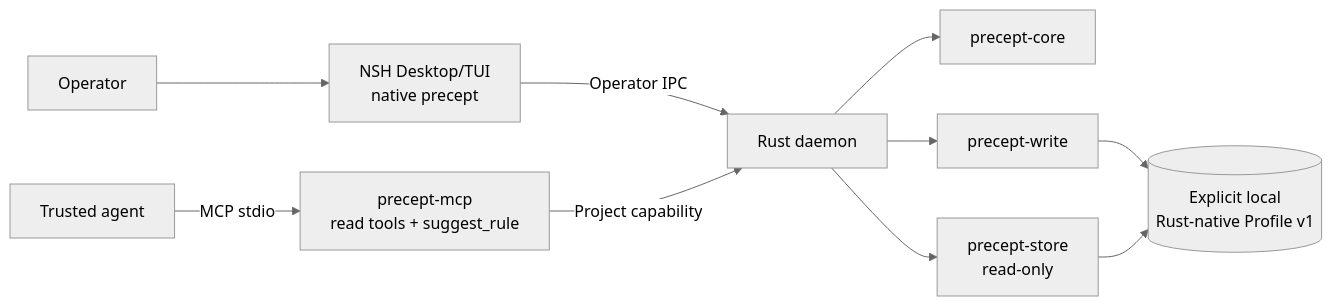
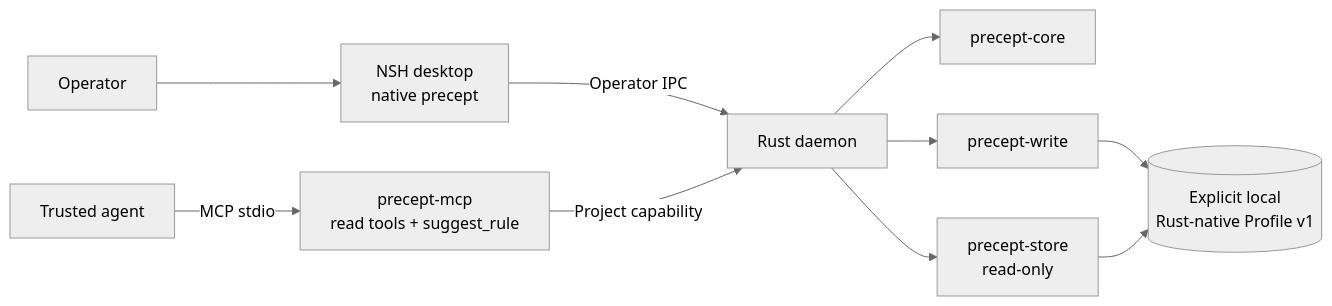
The diagram in docs/architecture.md (ybakiame/precept), drawn with Mermaid (neutral theme) before and after one commit. The commit also changed other lines of this file and 87 other files, not shown here.

````diff
--- a/docs/architecture.md
+++ b/docs/architecture.md
@@ -10,22 +10,22 @@
 ```mermaid
 flowchart LR
     Operator["Operator"]
-    Clients["NSH Desktop/TUI<br/>native precept"]
+    Clients["NSH desktop<br/>native precept"]
     Daemon["Rust daemon"]
     Core["precept-core"]
     Writer["precept-write"]
     Store["precept-store<br/>read-only"]
     Profile[("Explicit local<br/>Rust-native Profile v1")]
     Agent["Trusted agent"]
     MCP["precept-mcp<br/>read tools + suggest_rule"]
 
     Operator --> Clients
     Clients -->|"Operator IPC"| Daemon
     Daemon --> Core
     Daemon --> Writer
     Daemon --> Store
     Writer --> Profile
     Store --> Profile
     Agent -->|"MCP stdio"| MCP
     MCP -->|"Project capability"| Daemon
 ```
````
